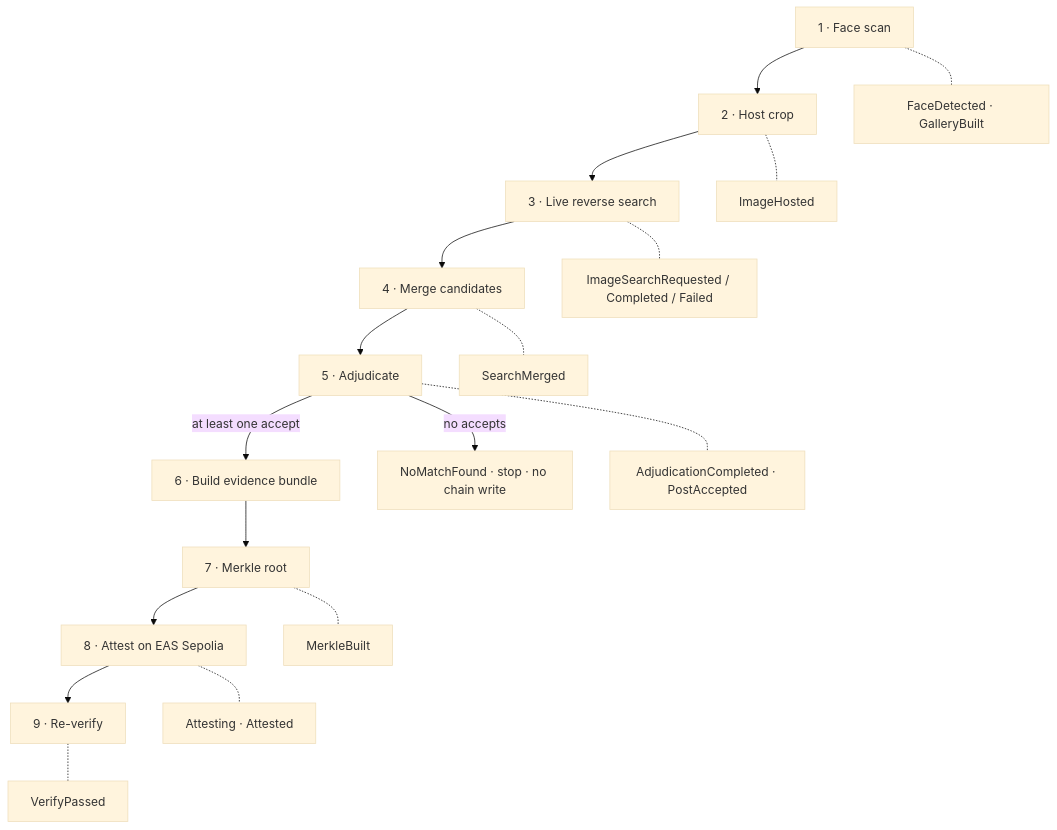
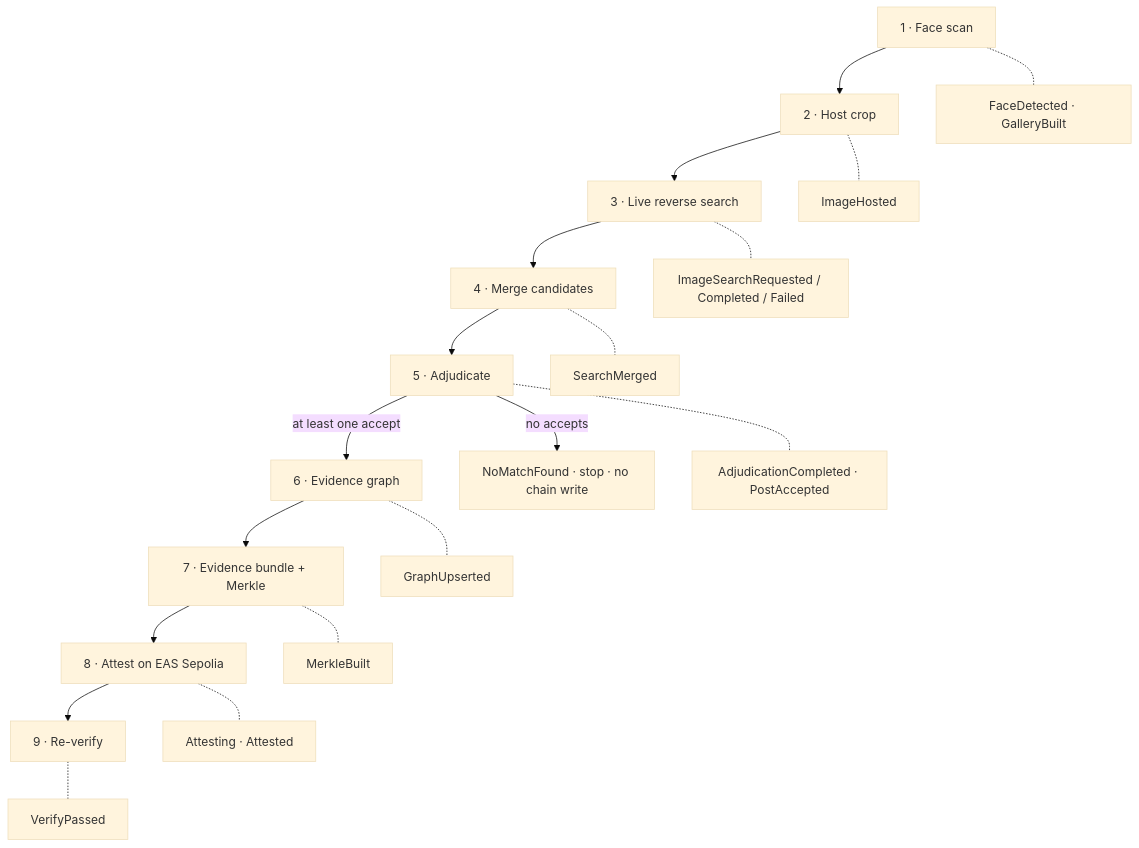
The fourth of 5 diagrams in README.md (kaushalya4s5s7/Eye-of-the-Witch), drawn with Mermaid (base theme) before and after one commit. The commit also changed other lines of this file, not shown here.

````diff
--- a/README.md
+++ b/README.md
@@ -68,21 +143,22 @@
 ```mermaid
 flowchart TD
   P1[1 · Face scan] --> P2[2 · Host crop]
   P2 --> P3[3 · Live reverse search]
   P3 --> P4[4 · Merge candidates]
   P4 --> P5[5 · Adjudicate]
-  P5 -->|at least one accept| P6[6 · Build evidence bundle]
+  P5 -->|at least one accept| P6[6 · Evidence graph]
   P5 -->|no accepts| NM[NoMatchFound · stop · no chain write]
-  P6 --> P7[7 · Merkle root]
+  P6 --> P7[7 · Evidence bundle + Merkle]
   P7 --> P8[8 · Attest on EAS Sepolia]
   P8 --> P9[9 · Re-verify]
 
   P1 -.- E1["FaceDetected · GalleryBuilt"]
   P2 -.- E2["ImageHosted"]
   P3 -.- E3["ImageSearchRequested / Completed / Failed"]
   P4 -.- E4["SearchMerged"]
   P5 -.- E5["AdjudicationCompleted · PostAccepted"]
+  P6 -.- E6["GraphUpserted"]
   P7 -.- E7["MerkleBuilt"]
   P8 -.- E8["Attesting · Attested"]
   P9 -.- E9["VerifyPassed"]
 ```
````
